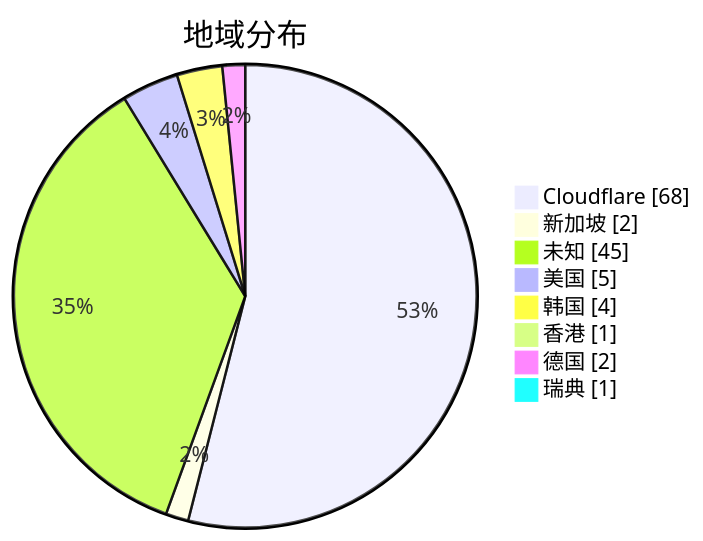
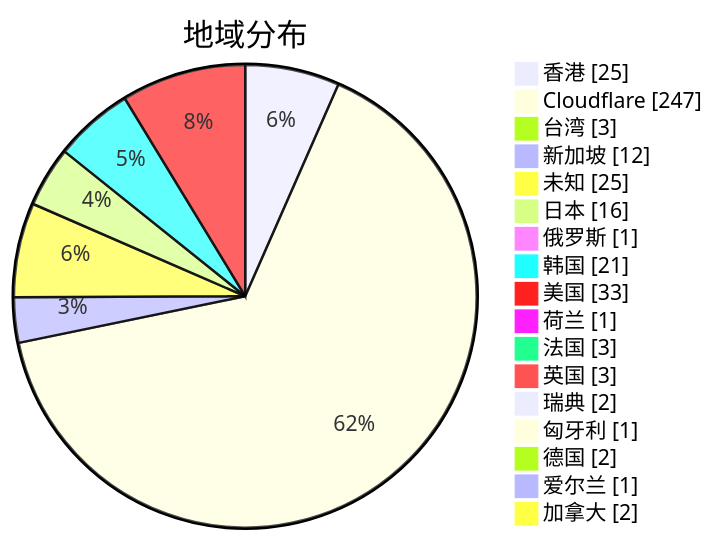
The second of 3 diagrams in subs/statistics/tested_within.md (qjlxg/airport), drawn with Mermaid before and after one commit. The commit also changed other lines of this file and 2 other files, not shown here.

Commit message:
Tested by metaST

````diff
--- a/subs/statistics/tested_within.md
+++ b/subs/statistics/tested_within.md
@@ -12,12 +13,21 @@
 ```mermaid
 pie showData
 title 地域分布
-"Cloudflare" : 68
-"新加坡" : 2
-"未知" : 45
-"美国" : 5
-"韩国" : 4
-"香港" : 1
+"香港" : 25
+"Cloudflare" : 247
+"台湾" : 3
+"新加坡" : 12
+"未知" : 25
+"日本" : 16
+"俄罗斯" : 1
+"韩国" : 21
+"美国" : 33
+"荷兰" : 1
+"法国" : 3
+"英国" : 3
+"瑞典" : 2
+"匈牙利" : 1
 "德国" : 2
-"瑞典" : 1
+"爱尔兰" : 1
+"加拿大" : 2
 ```
````
